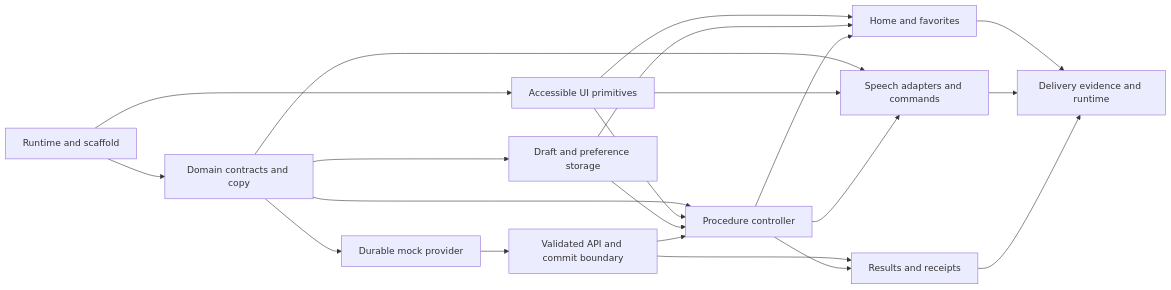
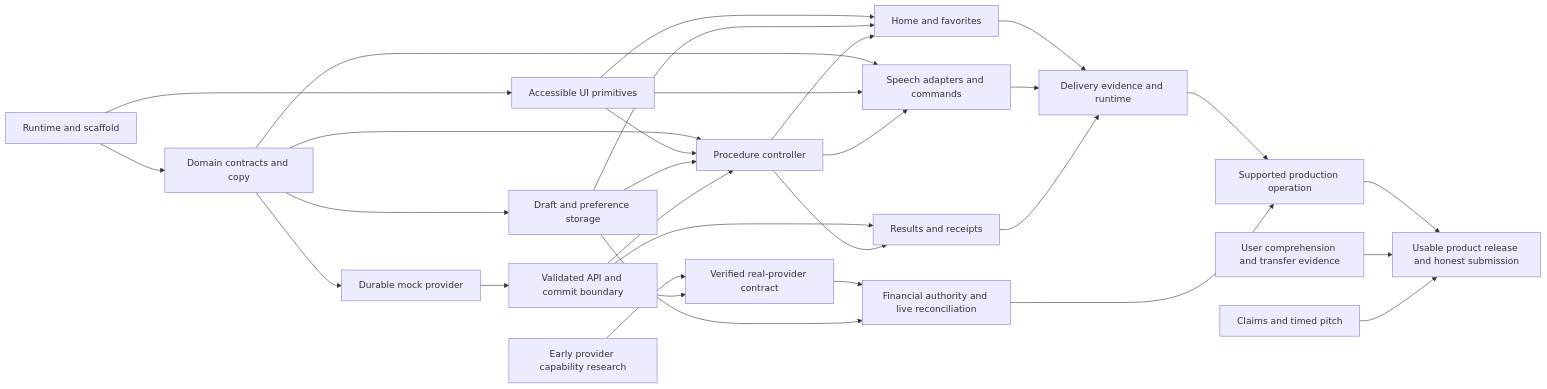
The diagram in docs/ACTION_PLAN.md (0xnotwired/personal-hackathon), drawn with Mermaid before and after one commit. The commit also changed other lines of this file and 11 other files, not shown here.

Commit message:
docs(agent): define usable product, validation, and hackathon strategy

````diff
--- a/docs/ACTION_PLAN.md
+++ b/docs/ACTION_PLAN.md
@@ -31,23 +53,32 @@
 ```mermaid
 flowchart LR
   M00[Runtime and scaffold] --> M01[Domain contracts and copy]
   M00 --> M02[Accessible UI primitives]
   M01 --> M03[Draft and preference storage]
   M01 --> M04[Durable mock provider]
   M04 --> M05[Validated API and commit boundary]
   M01 --> M06[Procedure controller]
   M02 --> M06
   M03 --> M06
   M05 --> M06
   M02 --> M07[Home and favorites]
   M03 --> M07
   M06 --> M07
   M01 --> M08[Speech adapters and commands]
   M02 --> M08
   M06 --> M08
   M05 --> M09[Results and receipts]
   M06 --> M09
   M07 --> M10[Delivery evidence and runtime]
   M08 --> M10
   M09 --> M10
+  R01[Early provider capability research] --> M11[Verified real-provider contract]
+  M05 --> M11
+  M11 --> M12[Financial authority and live reconciliation]
+  M03 --> M12
+  M10 --> M13[Supported production operation]
+  M12 --> M13
+  M13 --> M14[Usable product release and honest submission]
+  R02[User comprehension and transfer evidence] --> M14
+  R03[Claims and timed pitch] --> M14
 ```
````
